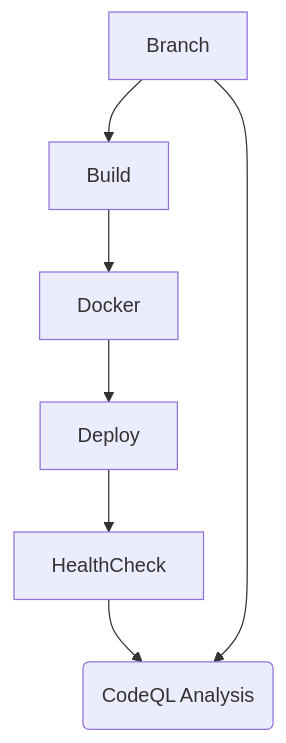
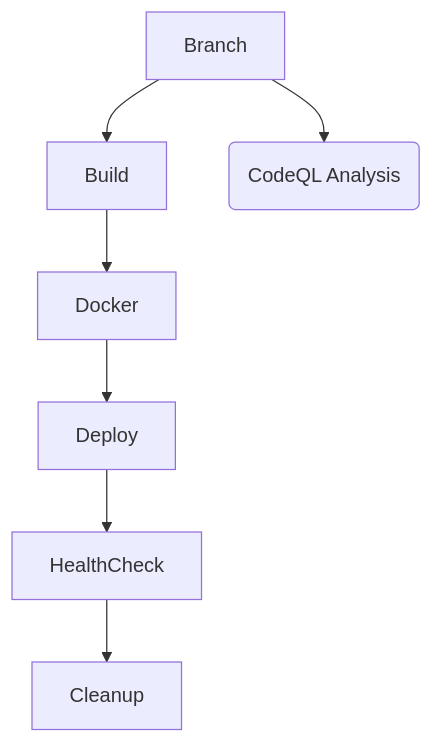
One commit to ppatel1604/pipeline-demo changed the first of 2 diagrams in readme.md. Above: the diagram before and after it, drawn with Mermaid.

Commit message:
Fix PR workflow

````diff
--- a/readme.md
+++ b/readme.md
@@ -112,5 +112,5 @@
 ```mermaid
 graph TD;
    A[Branch] --> B[Build] --> C[Docker] --> D[Deploy] --> E[HealthCheck] --> F[Cleanup]
-   A[Branch] --> F(CodeQL Analysis)
+   A[Branch] --> G(CodeQL Analysis)
 ```
````
